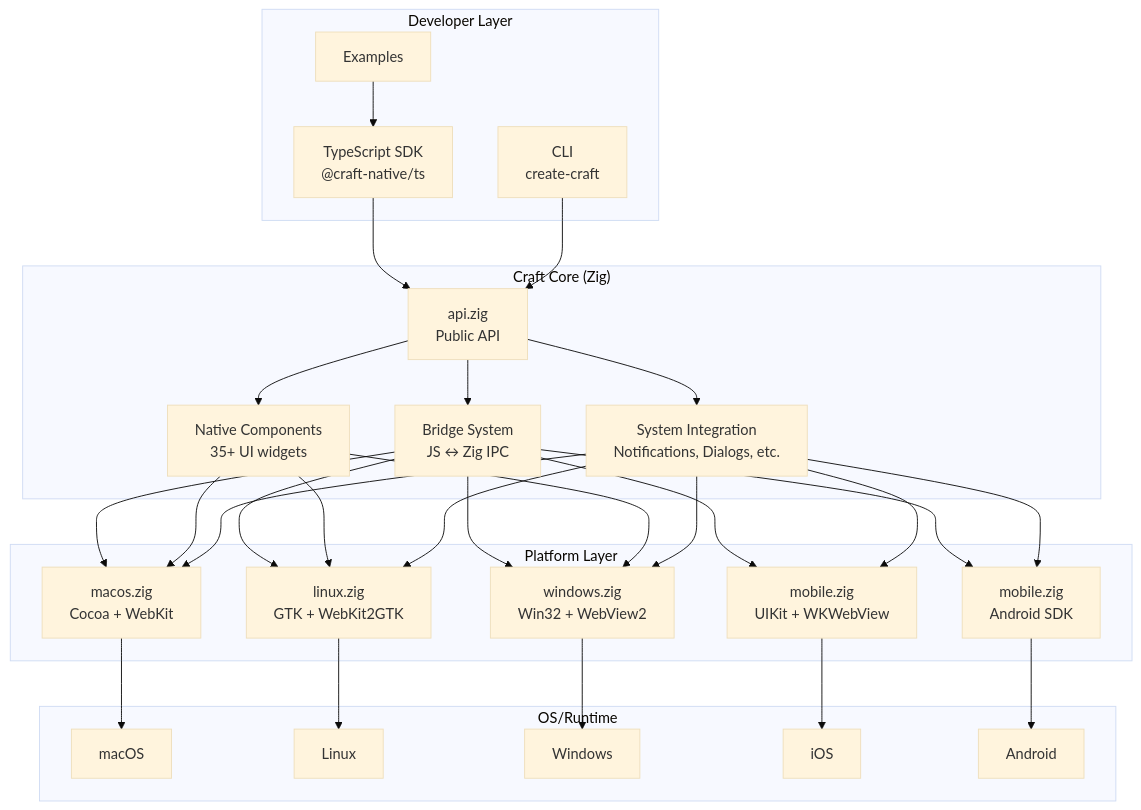
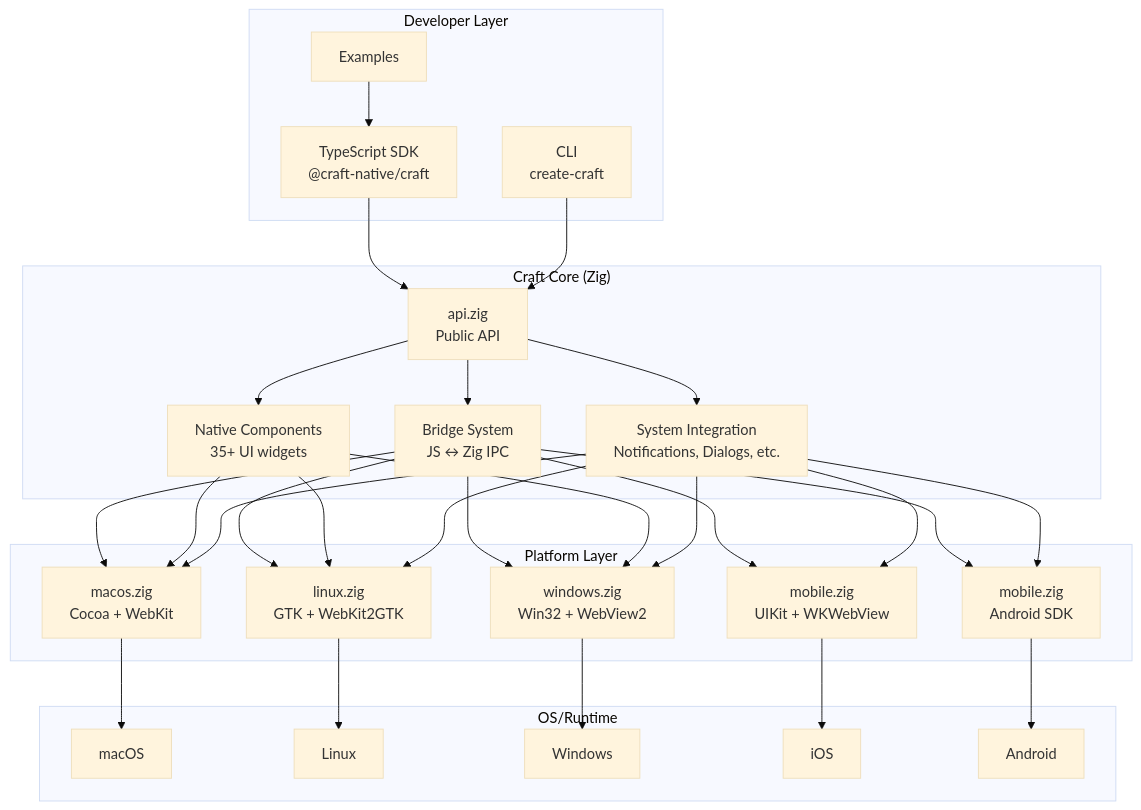
Before and after one commit to home-lang/craft: the first of 10 diagrams in docs/architecture/README.md, drawn with Mermaid (base theme). The commit also changed 96 other files, not shown here.

First line of the commit message:
fix: rename all @craft-native/ts references to @craft-native/craft

````diff
--- a/docs/architecture/README.md
+++ b/docs/architecture/README.md
@@ -20,61 +20,61 @@
 ```mermaid
 graph TB
     subgraph "Developer Layer"
-        TS[TypeScript SDK<br/>@craft-native/ts]
+        TS[TypeScript SDK<br/>@craft-native/craft]
         CLI[CLI<br/>create-craft]
         Examples[Examples]
     end
 
     subgraph "Craft Core (Zig)"
         API[api.zig<br/>Public API]
         Bridge[Bridge System<br/>JS ↔ Zig IPC]
         Components[Native Components<br/>35+ UI widgets]
         System[System Integration<br/>Notifications, Dialogs, etc.]
     end
 
     subgraph "Platform Layer"
         macOS[macos.zig<br/>Cocoa + WebKit]
         Linux[linux.zig<br/>GTK + WebKit2GTK]
         Windows[windows.zig<br/>Win32 + WebView2]
         iOS[mobile.zig<br/>UIKit + WKWebView]
         Android[mobile.zig<br/>Android SDK]
     end
 
     subgraph "OS/Runtime"
         OSX[macOS]
         LNX[Linux]
         WIN[Windows]
         IOS[iOS]
         AND[Android]
     end
 
     TS --> API
     CLI --> API
     Examples --> TS
 
     API --> Bridge
     API --> Components
     API --> System
 
     Bridge --> macOS
     Bridge --> Linux
     Bridge --> Windows
     Bridge --> iOS
     Bridge --> Android
 
     Components --> macOS
     Components --> Linux
     Components --> Windows
 
     System --> macOS
     System --> Linux
     System --> Windows
     System --> iOS
     System --> Android
 
     macOS --> OSX
     Linux --> LNX
     Windows --> WIN
     iOS --> IOS
     Android --> AND
 ```
````
